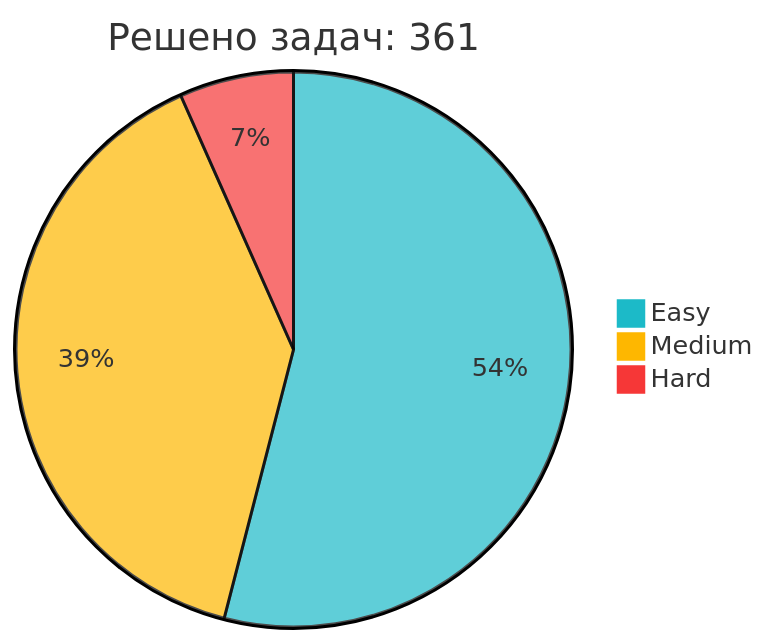
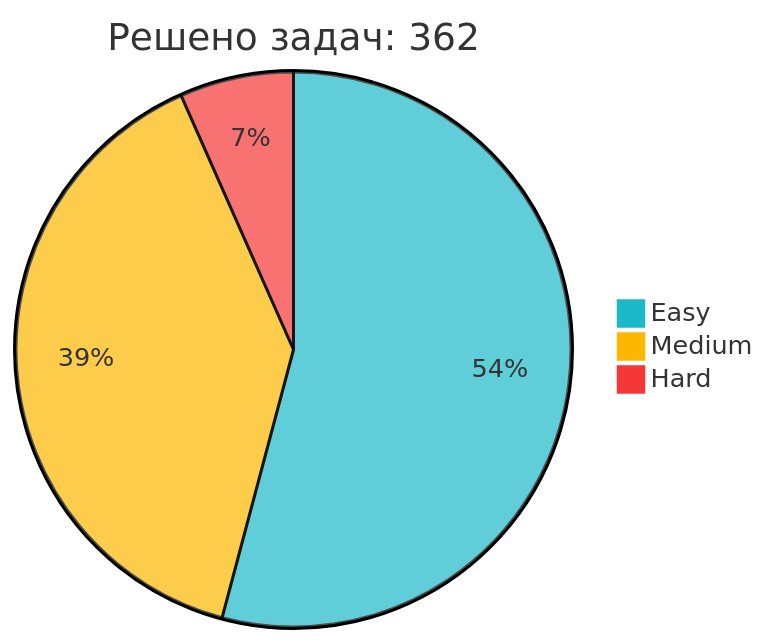
One commit to IliaKurdukov/IliaKurdukov changed the diagram in README.md. Above: the diagram before and after it, drawn with Mermaid. The commit also changed other lines of this file, not shown here.

Commit message:
📈 Обновление статистики LeetCode

````diff
--- a/README.md
+++ b/README.md
@@ -51,7 +51,7 @@
 ```mermaid
 %%{init: {'theme': 'base', 'themeVariables': { 'pie1': '#1CBAC8', 'pie2': '#FEB700', 'pie3': '#F63737' }, 'config': {'width': 300, 'height': 200}}}%%
-pie title Решено задач: 361
-   "Easy" : 195
+pie title Решено задач: 362
+   "Easy" : 196
    "Medium" : 142
    "Hard" : 24
 ```
````
